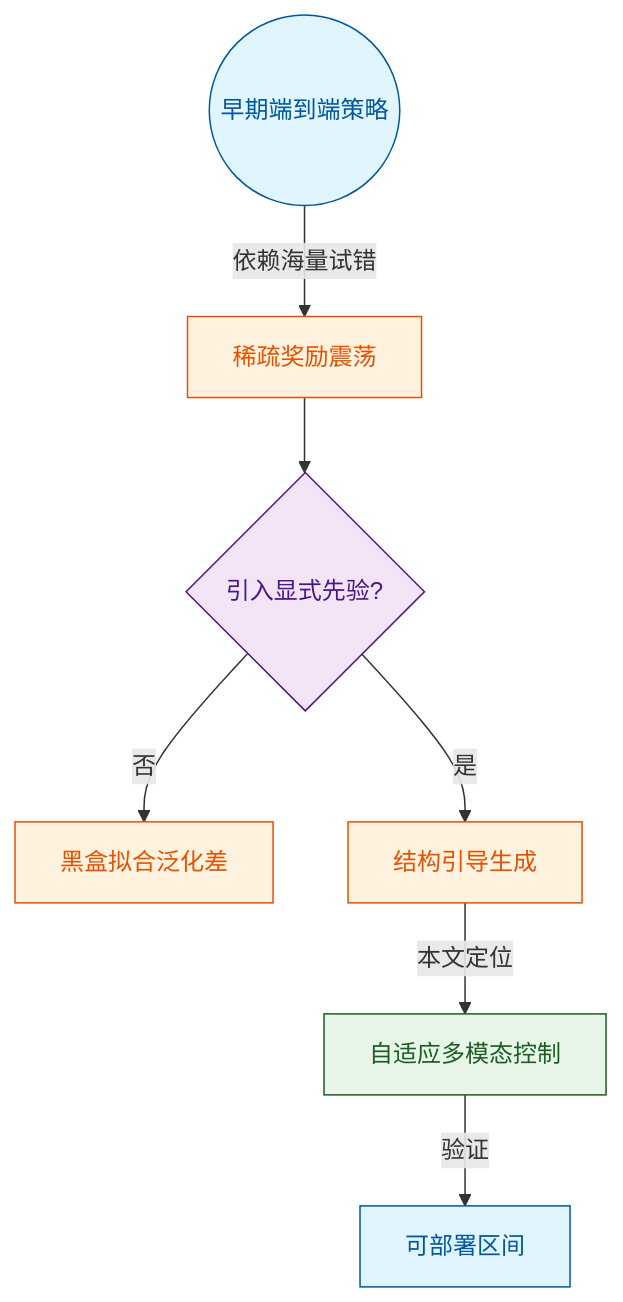
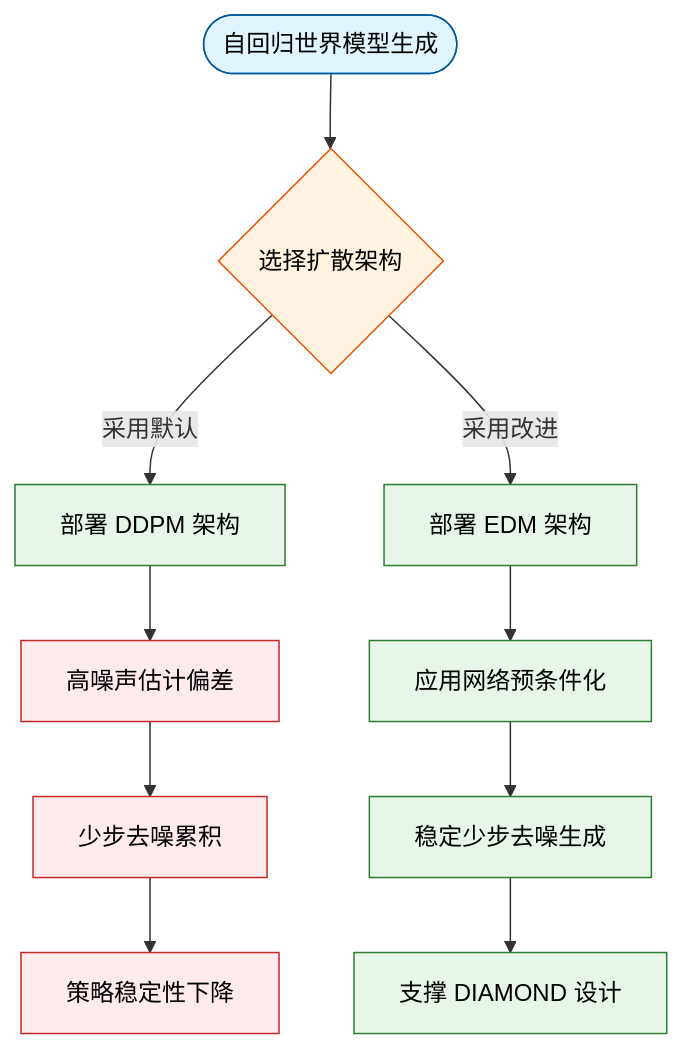
Before and after one commit to ShinewineW/paper-rolling: the sixth of 10 diagrams in person_vault/2026-06-12_DiffusionForWorldModelingVisualDetailsMa_2405.12399/report.md, drawn with Mermaid. The commit also changed other lines of this file and 51 other files, not shown here.

````diff
--- a/person_vault/2026-06-12_DiffusionForWorldModelingVisualDetailsMa_2405.12399/report.md
+++ b/person_vault/2026-06-12_DiffusionForWorldModelingVisualDetailsMa_2405.12399/report.md
@@ -302,19 +524,22 @@
 ```mermaid
 flowchart TD
-    start((早期端到端策略)) -->|依赖海量试错| pain["稀疏奖励震荡"]
-    pain --> decision{引入显式先验?}
-    decision -->|否| blackbox["黑盒拟合泛化差"]
-    decision -->|是| hybrid["结构引导生成"]
-    hybrid -->|本文定位| target["自适应多模态控制"]
-    target -->|验证| deploy["可部署区间"]
-    
-    classDef startEnd fill:#e1f5fe,color:#01579b,stroke:#01579b;
-    classDef process fill:#fff3e0,color:#e65100,stroke:#e65100;
-    classDef decision fill:#f3e5f5,color:#4a148c,stroke:#4a148c;
-    classDef target fill:#e8f5e9,color:#1b5e20,stroke:#1b5e20;
-    
-    class start,deploy startEnd;
-    class pain,blackbox,hybrid process;
-    class decision decision;
-    class target target;
+    classDef start fill:#e1f5fe,stroke:#01579b,color:#000000;
+    classDef decision fill:#fff3e0,stroke:#e65100,color:#000000;
+    classDef process fill:#e8f5e9,stroke:#2e7d32,color:#000000;
+    classDef failure fill:#ffebee,stroke:#c62828,color:#000000;
+
+    start_gen(["自回归世界模型生成"]) --> arch_select{选择扩散架构}
+    arch_select -->|采用默认| ddpm_path["部署 DDPM 架构"]
+    arch_select -->|采用改进| edm_path["部署 EDM 架构"]
+    ddpm_path --> noise_bias["高噪声估计偏差"]
+    noise_bias --> error_accum["少步去噪累积"]
+    error_accum --> policy_fail["策略稳定性下降"]
+    edm_path --> precondition_net["应用网络预条件化"]
+    precondition_net --> stable_gen["稳定少步去噪生成"]
+    stable_gen --> diamond_core["支撑 DIAMOND 设计"]
+
+    class start_gen start;
+    class arch_select decision;
+    class ddpm_path,edm_path,precondition_net,stable_gen,diamond_core process;
+    class noise_bias,error_accum,policy_fail failure;
 ```
````
